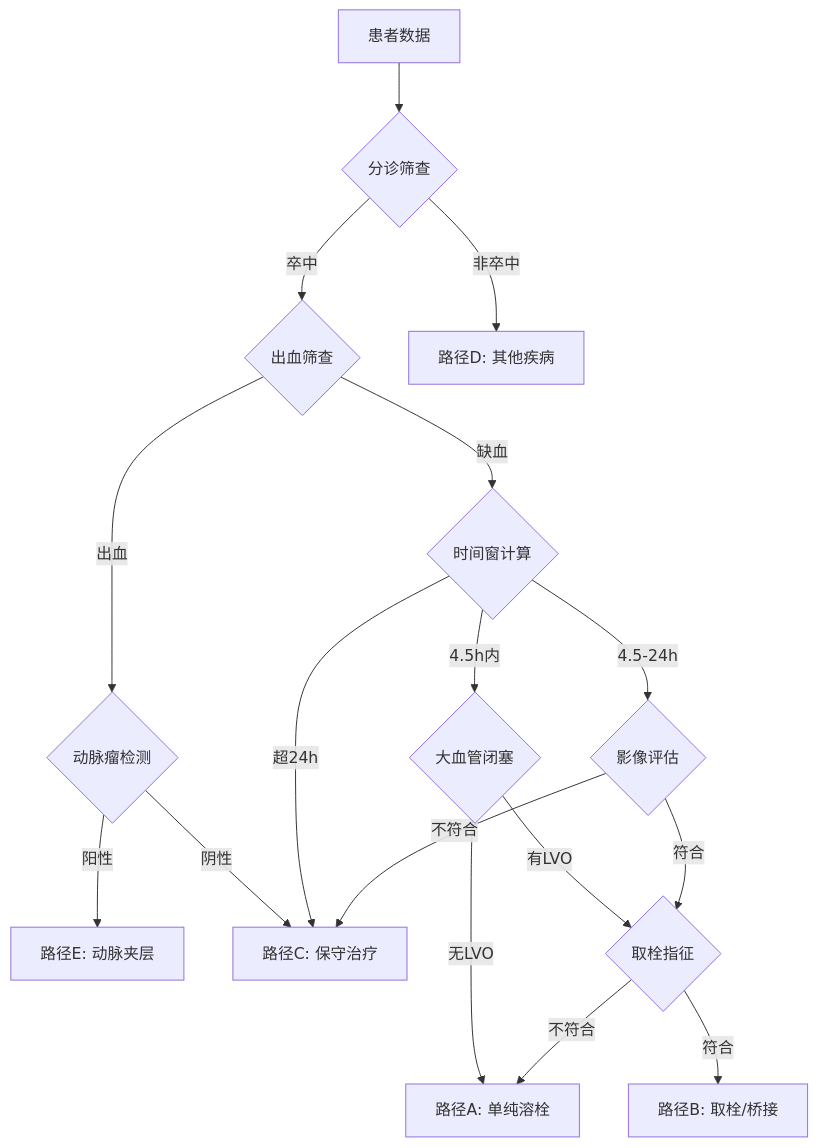
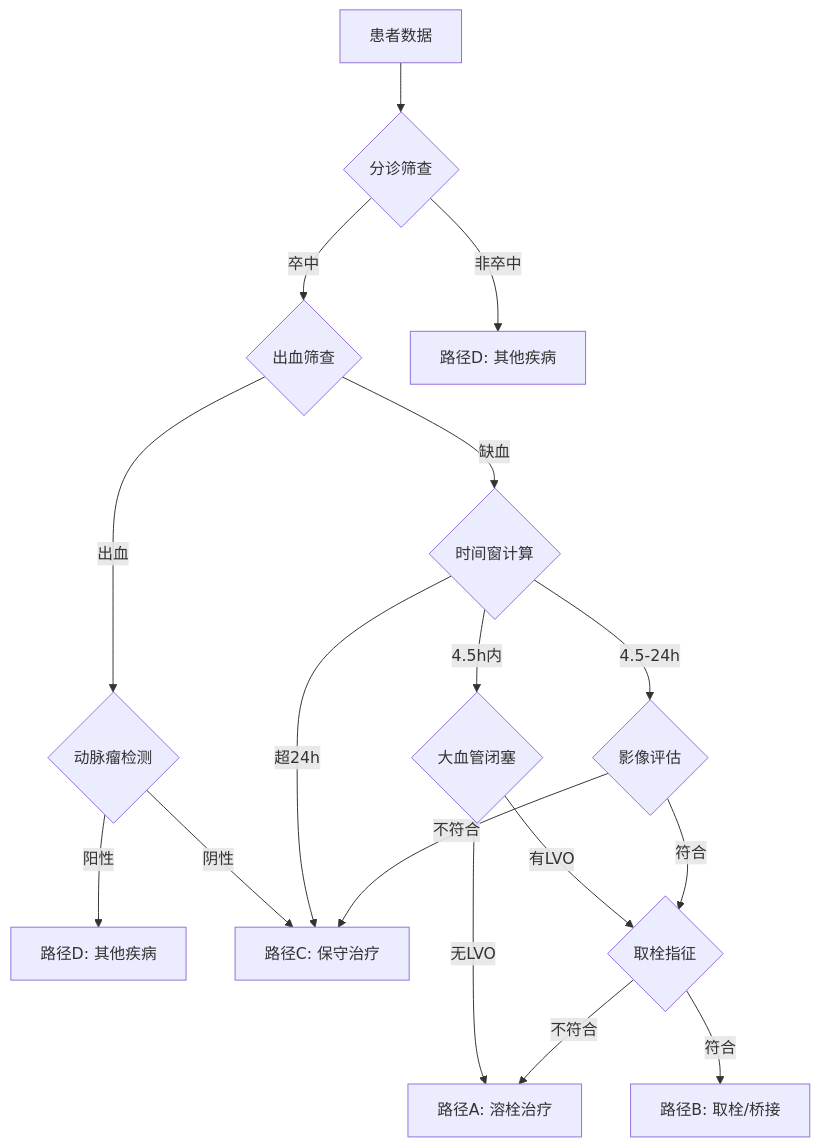
One commit to lz-code-2844/Stroke-CDSS changed the diagram in README.md. Above: the diagram before and after it, drawn with Mermaid. The commit also changed other lines of this file, not shown here.

Commit message:
docs: update treatment path names

````diff
--- a/README.md
+++ b/README.md
@@ -120,19 +120,19 @@
 ```mermaid
 graph TD
     A[患者数据] --> B{分诊筛查}
     B -->|卒中| C{出血筛查}
     B -->|非卒中| D[路径D: 其他疾病]
     C -->|出血| E{动脉瘤检测}
     C -->|缺血| F{时间窗计算}
-    E -->|阳性| G[路径E: 动脉夹层]
+    E -->|阳性| G[路径D: 其他疾病]
     E -->|阴性| H[路径C: 保守治疗]
     F -->|超24h| H
     F -->|4.5h内| I{大血管闭塞}
     F -->|4.5-24h| J{影像评估}
-    I -->|无LVO| K[路径A: 单纯溶栓]
+    I -->|无LVO| K[路径A: 溶栓治疗]
     I -->|有LVO| L{取栓指征}
     J -->|不符合| H
     J -->|符合| L
     L -->|符合| M[路径B: 取栓/桥接]
     L -->|不符合| K
 ```
````
